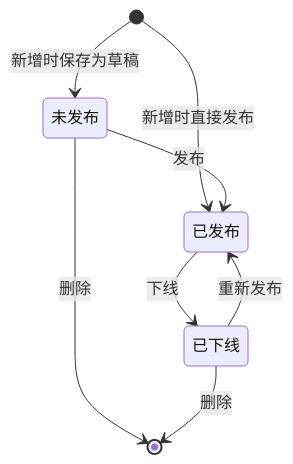
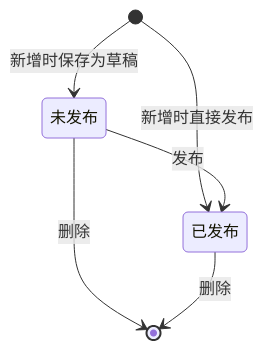
One commit to wxblockchain/luna changed the third of 4 diagrams in prd/info-disclosure/luna-info-disclosure-prd-02-flows.md. Above: the diagram before and after it, drawn with Mermaid. The commit also changed other lines of this file and 2 other files, not shown here.

````diff
--- a/prd/info-disclosure/luna-info-disclosure-prd-02-flows.md
+++ b/prd/info-disclosure/luna-info-disclosure-prd-02-flows.md
@@ -69,10 +69,8 @@
 ```mermaid
 stateDiagram-v2
     [*] --> 未发布: 新增时保存为草稿
     [*] --> 已发布: 新增时直接发布
     未发布 --> 已发布: 发布
-    已发布 --> 已下线: 下线
-    已下线 --> 已发布: 重新发布
     未发布 --> [*]: 删除
-    已下线 --> [*]: 删除
+    已发布 --> [*]: 删除
 ```
````
